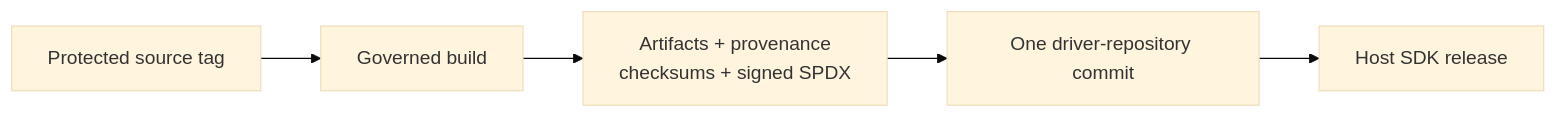
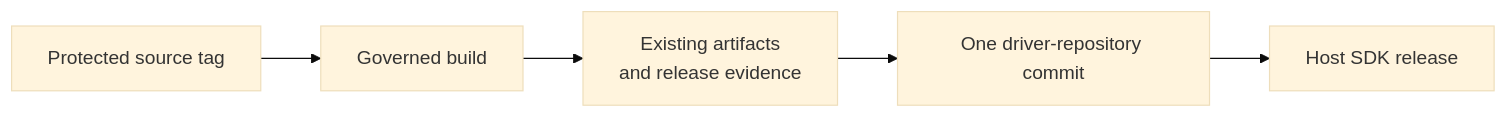
One commit to Azure/azure-sdk-for-rust changed the second of 3 diagrams in sdk/cosmos/azure_data_cosmos_driver_native/docs/NATIVE_VERSIONING_AND_RELEASES.md. Above: the diagram before and after it, drawn with Mermaid (base theme). The commit also changed other lines of this file, not shown here.

First line of the commit message:
Preserve existing release evidence

````diff
--- a/sdk/cosmos/azure_data_cosmos_driver_native/docs/NATIVE_VERSIONING_AND_RELEASES.md
+++ b/sdk/cosmos/azure_data_cosmos_driver_native/docs/NATIVE_VERSIONING_AND_RELEASES.md
@@ -193,7 +137,7 @@
 ```mermaid
 flowchart LR
     T["Protected source tag"] --> B["Governed build"]
-    B --> E["Artifacts + provenance<br/>checksums + signed SPDX"]
+    B --> E["Existing artifacts<br/>and release evidence"]
     E --> R["One driver-repository commit"]
     R --> H["Host SDK release"]
 ```
````
